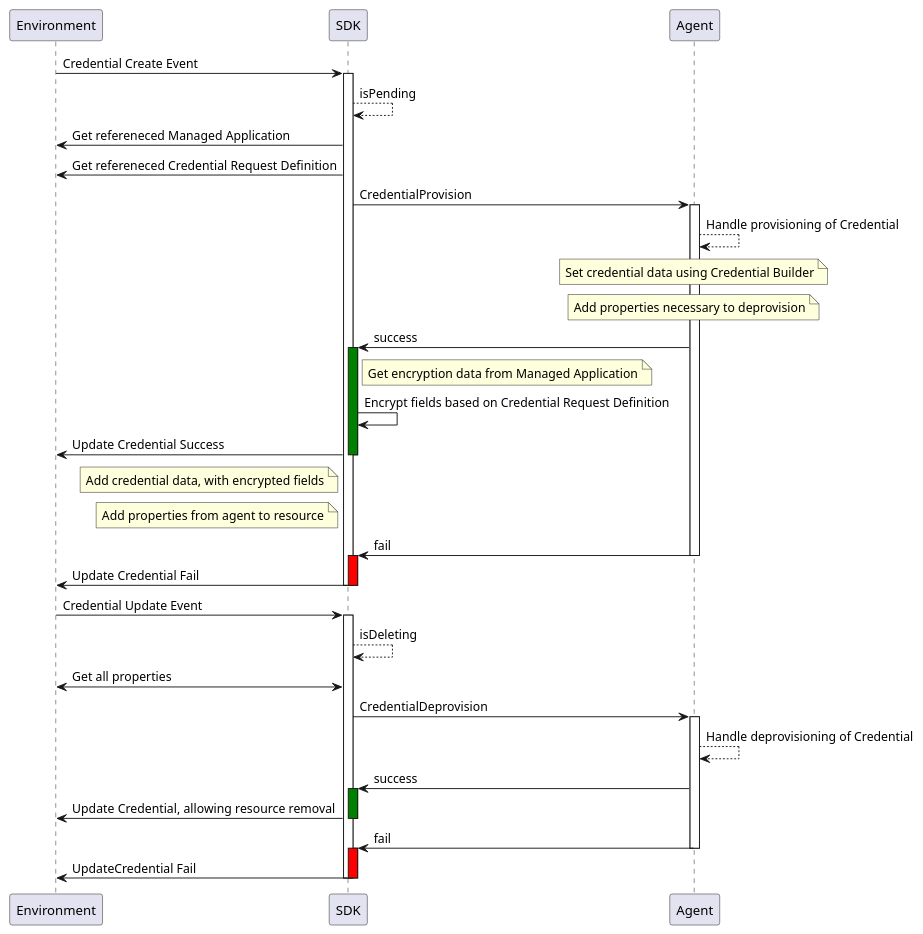
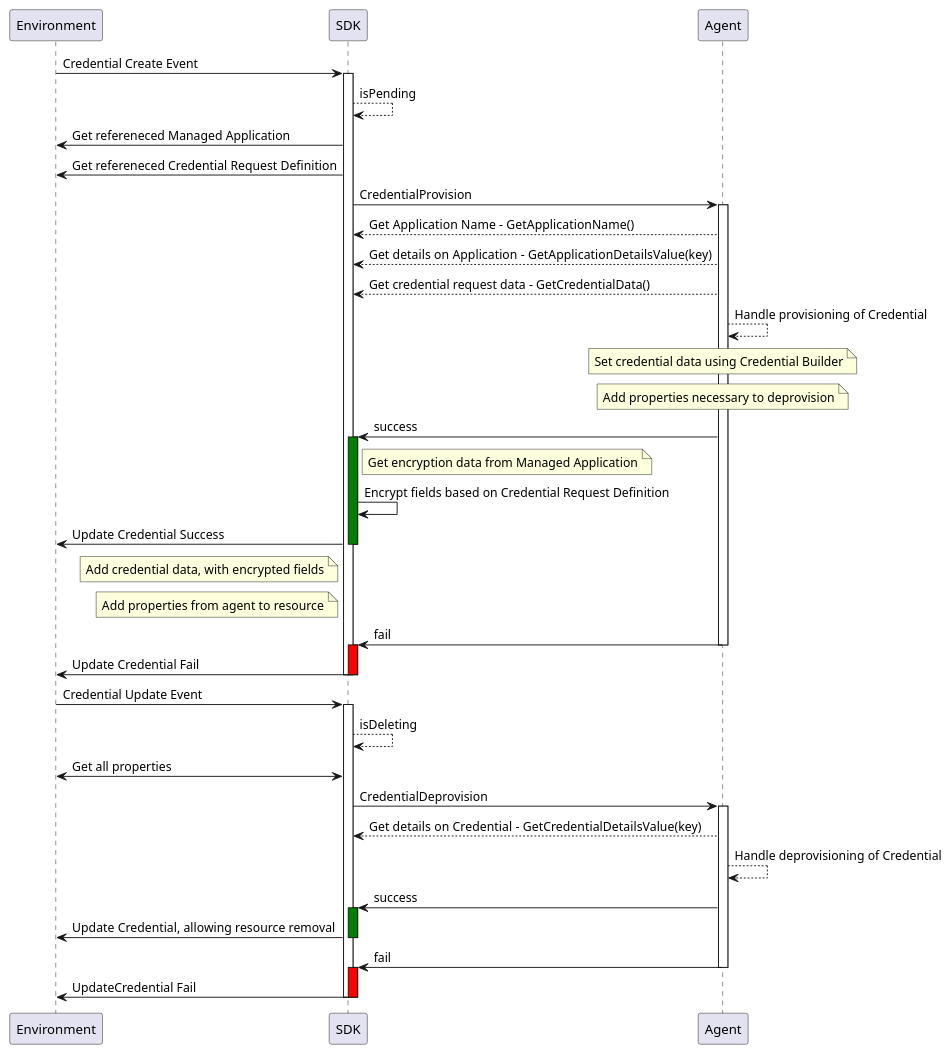
Before and after one commit to Axway/agent-sdk: the diagram in docs/discovery/credential.puml, drawn with PlantUML. The commit also changed 6 other files, not shown here.

```diff
--- a/docs/discovery/credential.puml
+++ b/docs/discovery/credential.puml
@@ -1,66 +1,70 @@
 @startuml
 participant Environment as env
 participant SDK as sdk 
 participant Agent as agent
 
 'Provision Credential
 
 env -> sdk: Credential Create Event
 activate sdk
 sdk --> sdk: isPending
 sdk -> env: Get refereneced Managed Application
 sdk -> env: Get refereneced Credential Request Definition
 
 sdk -> agent: CredentialProvision
 activate agent
 
+agent --> sdk: Get Application Name  - GetApplicationName()
+agent --> sdk: Get details on Application  - GetApplicationDetailsValue(key)
+agent --> sdk: Get credential request data - GetCredentialData()
 agent --> agent: Handle provisioning of Credential
 note over agent: Set credential data using Credential Builder
 note over agent: Add properties necessary to deprovision
 
 agent -> sdk: success
 activate sdk #green
 note right sdk: Get encryption data from Managed Application
 sdk -> sdk: Encrypt fields based on Credential Request Definition
 
 sdk -> env: Update Credential Success
 deactivate sdk
 note left sdk: Add credential data, with encrypted fields
 note left sdk: Add properties from agent to resource
 
 agent -> sdk: fail
 deactivate agent
 activate sdk #red
 
 sdk -> env: Update Credential Fail
 deactivate sdk
 
 deactivate sdk
 
 'Deprovision Credential
 
 env -> sdk: Credential Update Event
 activate sdk
 sdk --> sdk: isDeleting
 sdk <-> env: Get all properties
 
 sdk -> agent: CredentialDeprovision
 activate agent
 
+agent --> sdk: Get details on Credential  - GetCredentialDetailsValue(key)
 agent --> agent: Handle deprovisioning of Credential
 
 agent -> sdk: success
 activate sdk #green
 
 sdk -> env: Update Credential, allowing resource removal
 deactivate sdk
 
 agent -> sdk: fail
 deactivate agent
 activate sdk #red
 
 sdk -> env: UpdateCredential Fail
 deactivate sdk
 
 deactivate sdk
 @enduml
```
